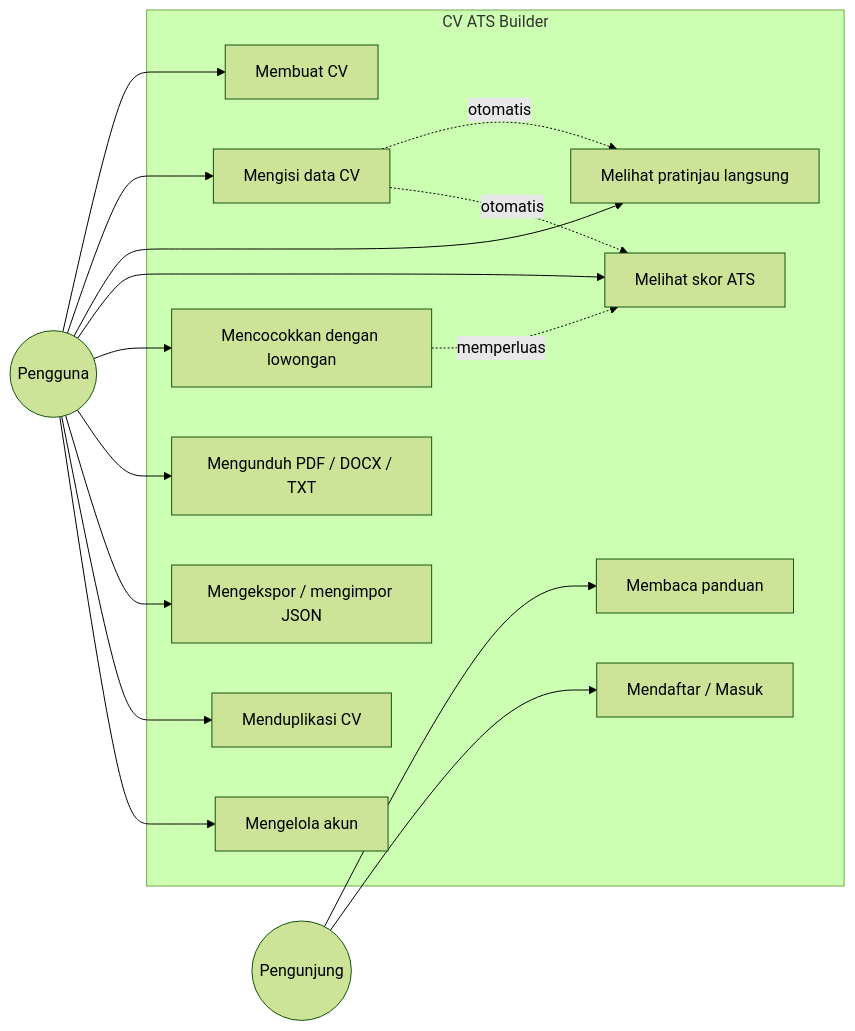
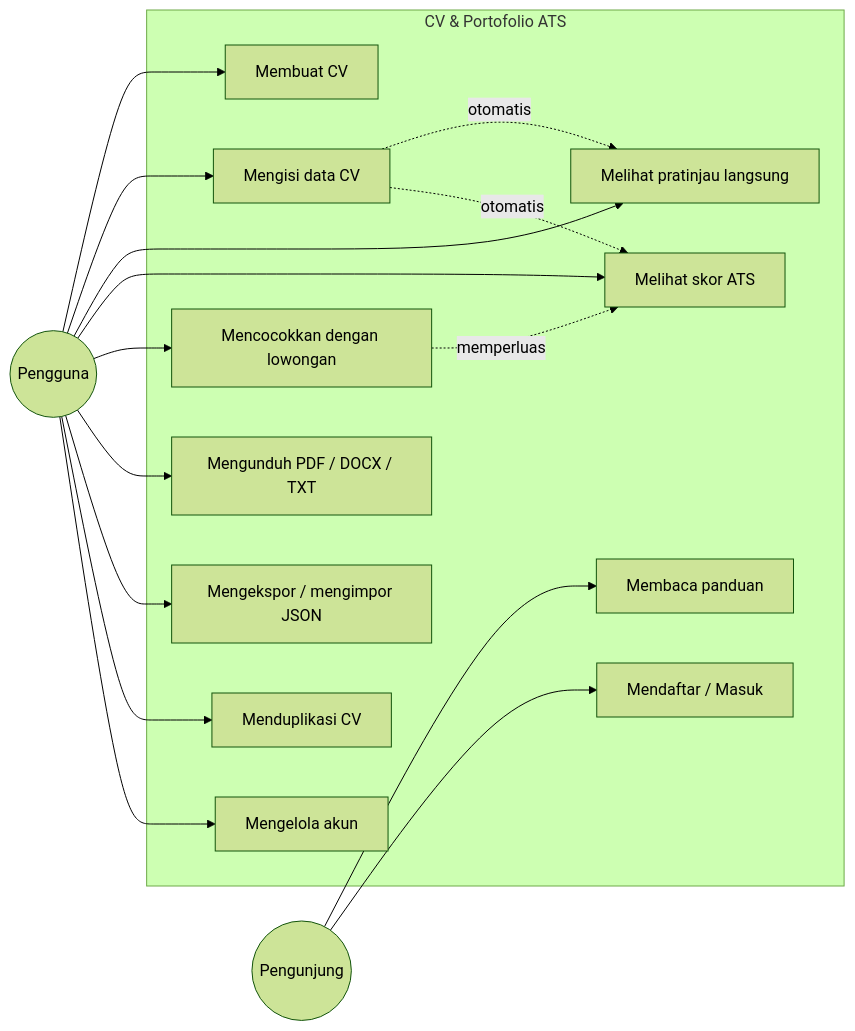
The second of 5 diagrams in docs/dokumentasi-teknis.md (Zaky-Data-Science/cv-ats-builder), drawn with Mermaid (forest theme) before and after one commit. The commit also changed other lines of this file and 12 other files, not shown here.

First line of the commit message:
feat(tampilan): reposisi jadi dua pilar - CV & Portofolio ATS

````diff
--- a/docs/dokumentasi-teknis.md
+++ b/docs/dokumentasi-teknis.md
@@ -106,35 +119,35 @@
 ```mermaid
 flowchart LR
     P((Pengguna))
     T((Pengunjung))
 
-    subgraph Sistem["CV ATS Builder"]
+    subgraph Sistem["CV & Portofolio ATS"]
         U1[Mendaftar / Masuk]
         U2[Membuat CV]
         U3[Mengisi data CV]
         U4[Melihat pratinjau langsung]
         U5[Melihat skor ATS]
         U6[Mencocokkan dengan lowongan]
         U7[Mengunduh PDF / DOCX / TXT]
         U8[Mengekspor / mengimpor JSON]
         U9[Menduplikasi CV]
         U10[Mengelola akun]
         U11[Membaca panduan]
     end
 
     T --> U11
     T --> U1
     P --> U2
     P --> U3
     P --> U4
     P --> U5
     P --> U6
     P --> U7
     P --> U8
     P --> U9
     P --> U10
 
     U3 -. otomatis .-> U4
     U3 -. otomatis .-> U5
     U6 -. memperluas .-> U5
 ```
````
